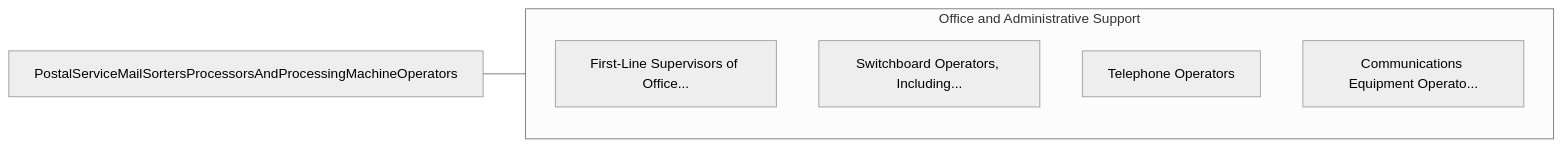
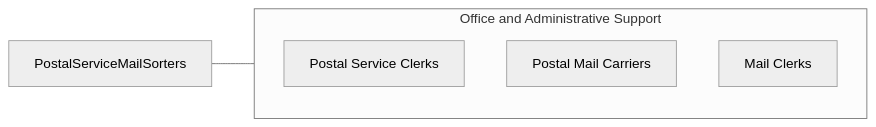
One commit to kziemski/business.org.ai changed the third of 3 diagrams in occupations/Administrative/PostalServiceMailSortersProcessorsAndProcessingMachineOperators.mdx. Above: the diagram before and after it, drawn with Mermaid (neutral theme). The commit also changed other lines of this file and 938 other files, not shown here.

````diff
--- a/occupations/Administrative/PostalServiceMailSortersProcessorsAndProcessingMachineOperators.mdx
+++ b/occupations/Administrative/PostalServiceMailSortersProcessorsAndProcessingMachineOperators.mdx
@@ -90,13 +101,10 @@
 ```mermaid
 graph LR
-    Current["PostalServiceMailSortersProcessorsAndProcessingMachineOperators"]
-
+    Current["PostalServiceMailSorters"]
     subgraph SameCategory["Office and Administrative Support"]
-        FirstLineSupervisors["First-Line Supervisors of Office..."]
-        SwitchboardOperators["Switchboard Operators, Including..."]
-        TelephoneOperators["Telephone Operators"]
-        CommunicationsEquipm["Communications Equipment Operato..."]
+        RPostalClerks["Postal Service Clerks"]
+        RPostalCarriers["Postal Mail Carriers"]
+        RMailClerks["Mail Clerks"]
     end
-
     Current --- SameCategory
 ```
````
